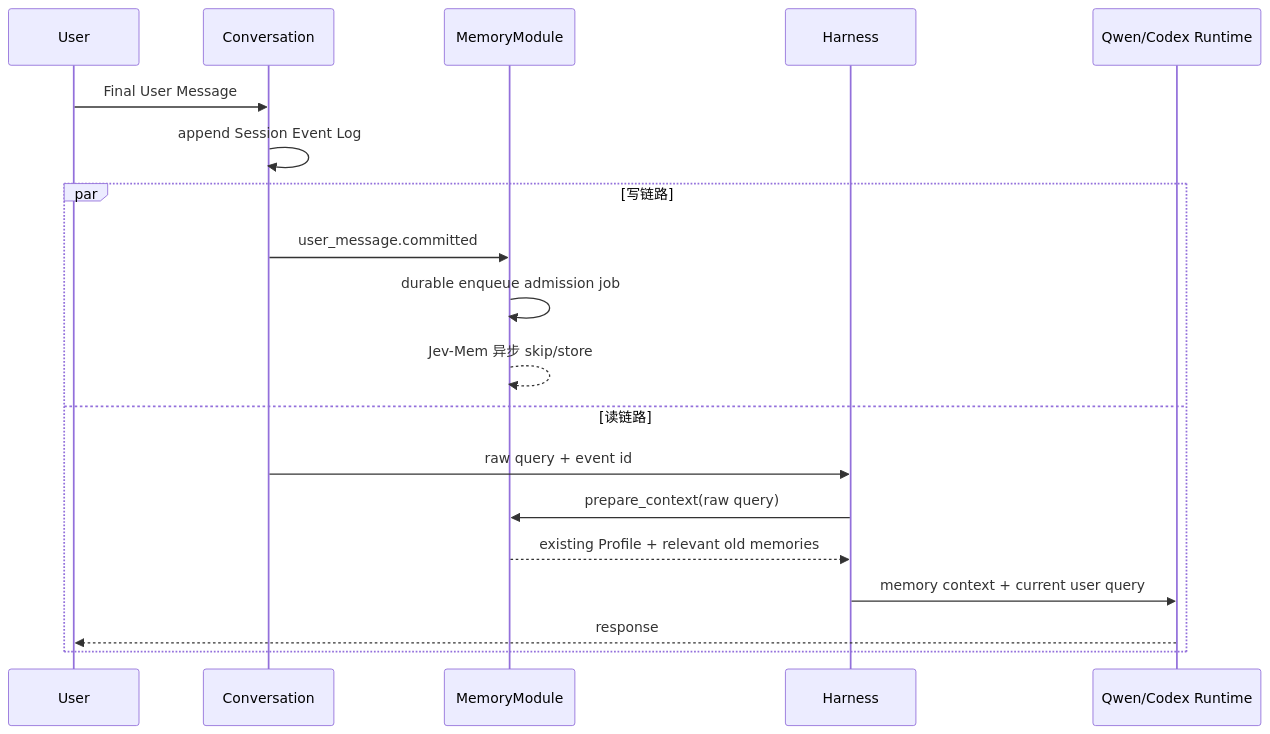
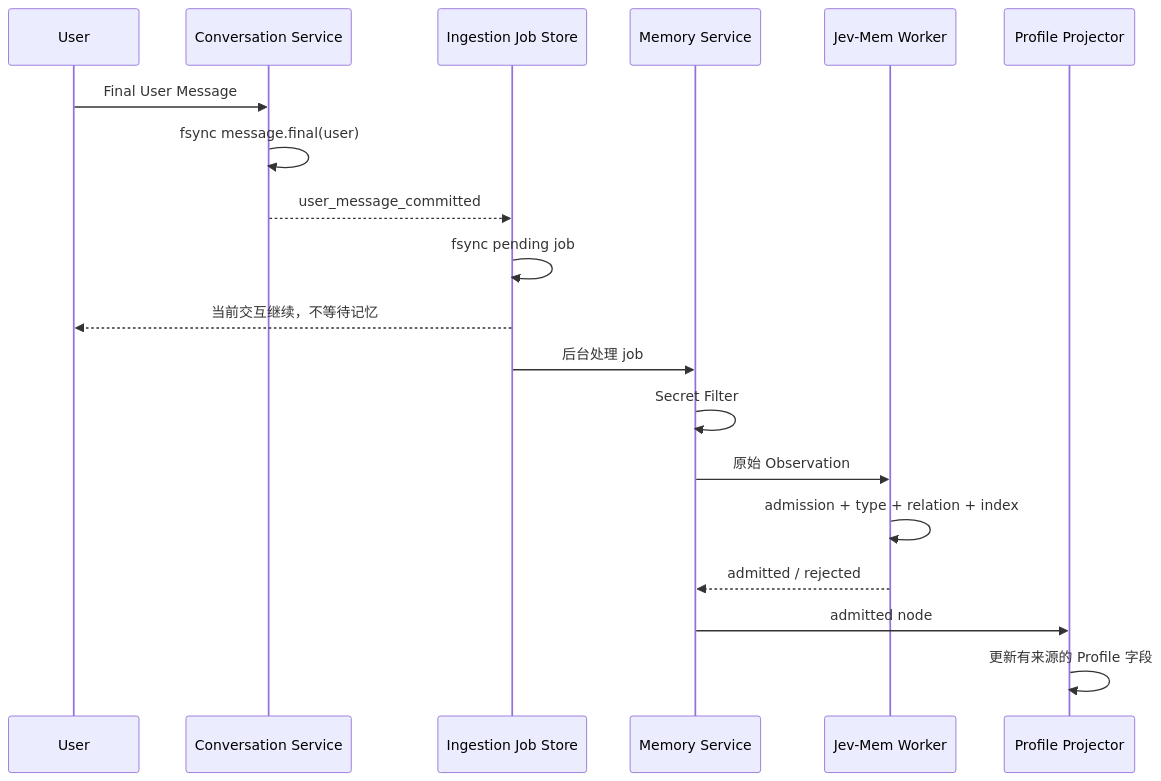
The second of 4 diagrams in docs/BoxAgent-Phase4-Memory-设计.md (kono-dada/BoxAgent), drawn with Mermaid before and after one commit. The commit also changed other lines of this file and 2 other files, not shown here.

Commit message:
docs: rewrite current architecture guides

````diff
--- a/docs/BoxAgent-Phase4-Memory-设计.md
+++ b/docs/BoxAgent-Phase4-Memory-设计.md
@@ -608,22 +185,22 @@
 ```mermaid
 sequenceDiagram
     participant U as User
-    participant C as Conversation
-    participant M as MemoryModule
-    participant H as Harness
-    participant R as Qwen/Codex Runtime
+    participant C as Conversation Service
+    participant J as Ingestion Job Store
+    participant M as Memory Service
+    participant W as Jev-Mem Worker
+    participant P as Profile Projector
 
     U->>C: Final User Message
-    C->>C: append Session Event Log
-    par 写链路
-        C->>M: user_message.committed
-        M->>M: durable enqueue admission job
-        M-->>M: Jev-Mem 异步 skip/store
-    and 读链路
-        C->>H: raw query + event id
-        H->>M: prepare_context(raw query)
-        M-->>H: existing Profile + relevant old memories
-        H->>R: memory context + current user query
-        R-->>U: response
-    end
+    C->>C: fsync message.final(user)
+    C-->>J: user_message_committed
+    J->>J: fsync pending job
+    J-->>U: 当前交互继续，不等待记忆
+    J->>M: 后台处理 job
+    M->>M: Secret Filter
+    M->>W: 原始 Observation
+    W->>W: admission + type + relation + index
+    W-->>M: admitted / rejected
+    M->>P: admitted node
+    P->>P: 更新有来源的 Profile 字段
 ```
````
